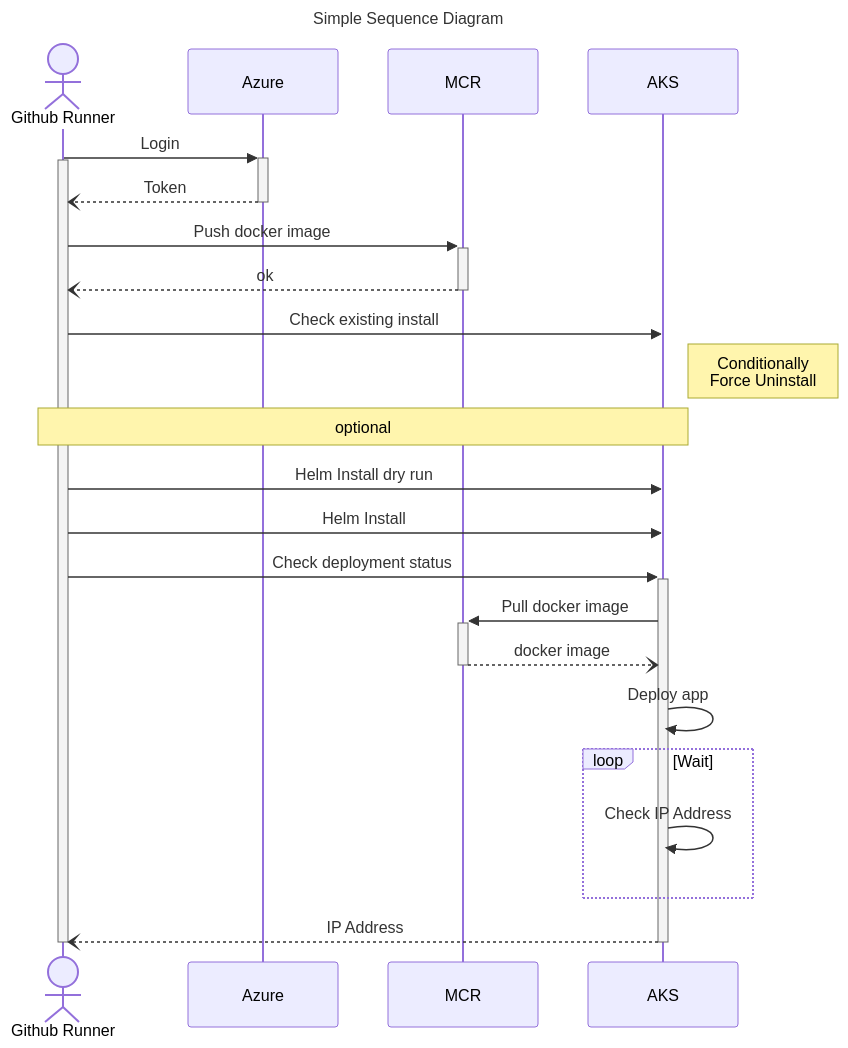
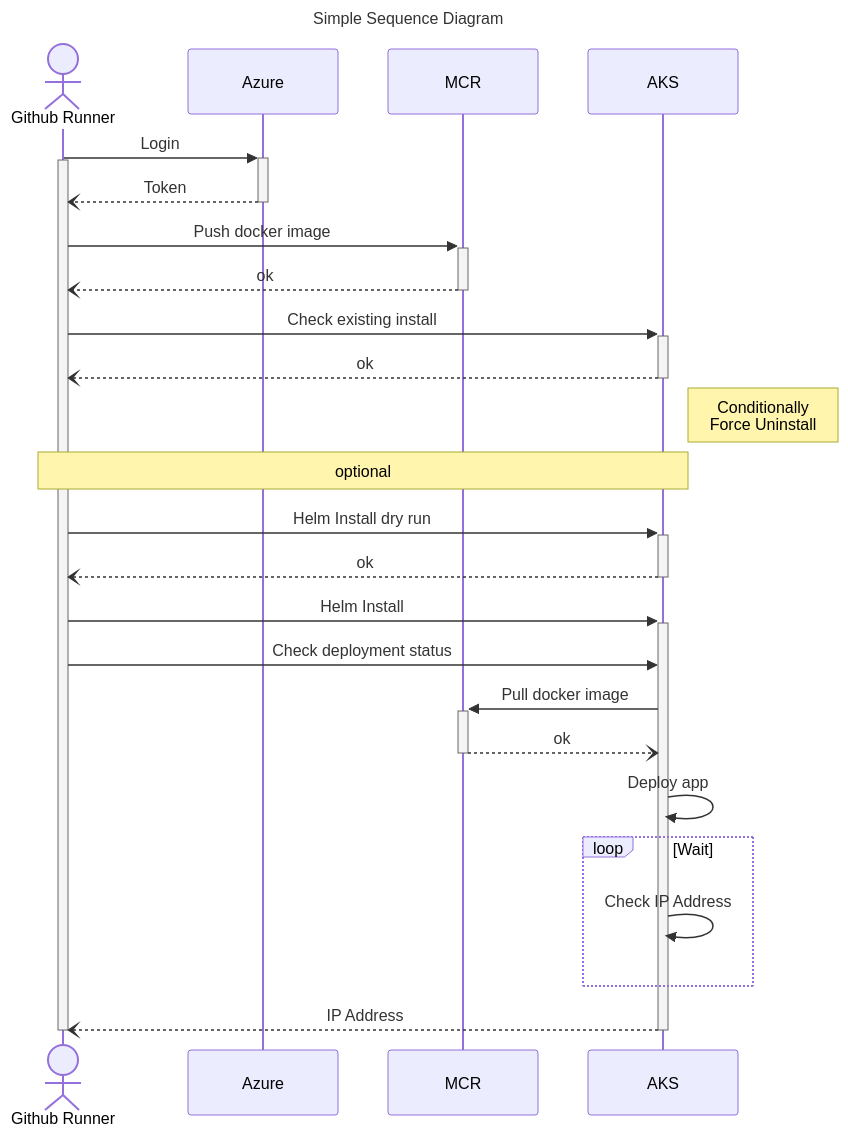
One commit to cuongnb14/mermaid-builder changed the diagram in outputs/sequence_diagram.mmd. Above: the diagram before and after it, drawn with Mermaid. The commit also changed 2 other files, not shown here.

```diff
--- a/outputs/sequence_diagram.mmd
+++ b/outputs/sequence_diagram.mmd
@@ -1,28 +1,30 @@
 ---
 title: Simple Sequence Diagram
 ---
 %%{init: {"theme": "light", "themeVariables": {"fontFamily": "Monospace"}}}%%
 sequenceDiagram
   actor Github Runner
   participant Azure
   participant MCR
   participant AKS
   Github Runner->>+Azure:Login
   activate Github Runner
   Azure--)-Github Runner:Token
   Github Runner->>+MCR:Push docker image
   MCR--)-Github Runner:ok
-  Github Runner->>AKS:Check existing install
+  Github Runner->>+AKS:Check existing install
+  AKS--)-Github Runner:ok
   Note right of AKS: Conditionally<br/>Force Uninstall
   Note over Github Runner, AKS: optional
-  Github Runner->>AKS:Helm Install dry run
-  Github Runner->>AKS:Helm Install
-  Github Runner->>+AKS:Check deployment status
+  Github Runner->>+AKS:Helm Install dry run
+  AKS--)-Github Runner:ok
+  Github Runner->>+AKS:Helm Install
+  Github Runner->>AKS:Check deployment status
   AKS->>+MCR:Pull docker image
-  MCR--)-AKS:docker image
+  MCR--)-AKS:ok
   AKS->>AKS:Deploy app
   loop Wait
   AKS->>AKS:Check IP Address
   end
   AKS--)-Github Runner:IP Address
   deactivate Github Runner
```
